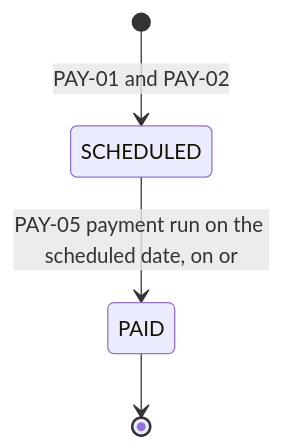
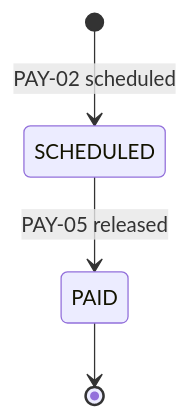
Before and after one commit to Anurag308d/invoice-ap-automation: the ninth of 9 diagrams in docs/schema.md, drawn with Mermaid. The commit also changed other lines of this file and 27 other files, not shown here.

````diff
--- a/docs/schema.md
+++ b/docs/schema.md
@@ -360,6 +367,6 @@
 ```mermaid
 stateDiagram-v2
-  [*] --> SCHEDULED: PAY-01 and PAY-02
-  SCHEDULED --> PAID: PAY-05 payment run on the scheduled date, on or 
+  [*] --> SCHEDULED: PAY-02 scheduled
+  SCHEDULED --> PAID: PAY-05 released
   PAID --> [*]
 ```
````
